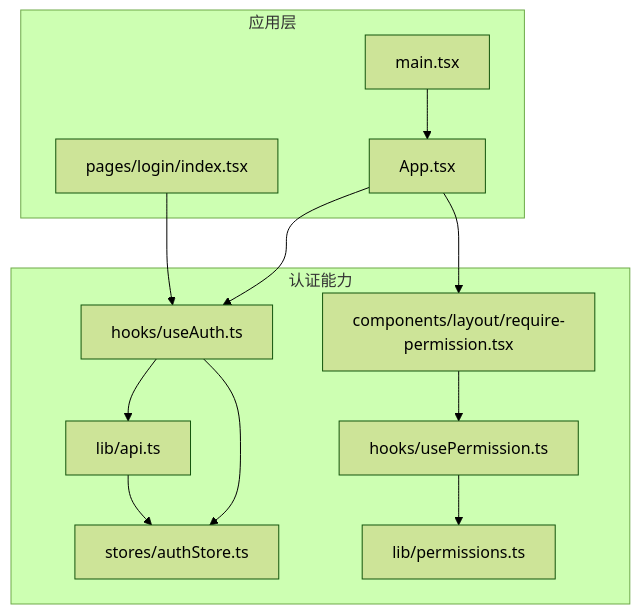
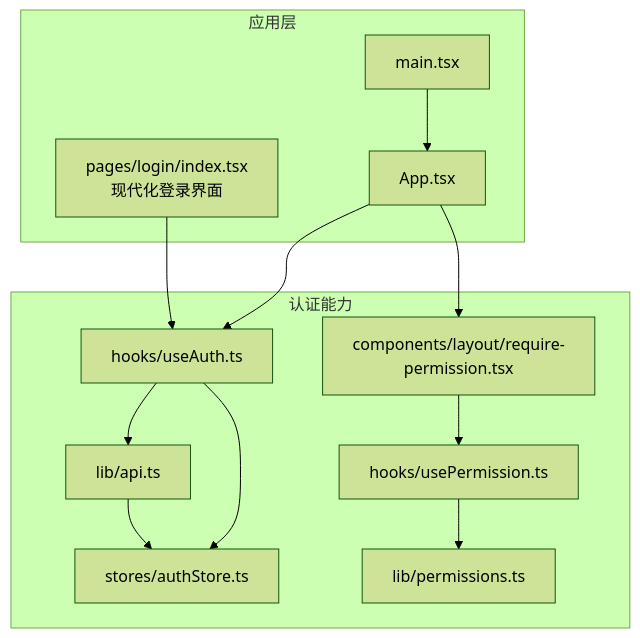
Before and after one commit to Damao997/newproject: the first of 8 diagrams in .qoder/repowiki/zh/content/核心模块/用户认证系统.md, drawn with Mermaid (forest theme). The commit also changed other lines of this file and 23 other files, not shown here.

````diff
--- a/.qoder/repowiki/zh/content/核心模块/用户认证系统.md
+++ b/.qoder/repowiki/zh/content/核心模块/用户认证系统.md
@@ -47,25 +55,25 @@
 ```mermaid
 graph TB
 subgraph "应用层"
 APP["App.tsx"]
 MAIN["main.tsx"]
-LOGIN["pages/login/index.tsx"]
+LOGIN["pages/login/index.tsx<br/>现代化登录界面"]
 end
 subgraph "认证能力"
 USEAUTH["hooks/useAuth.ts"]
 AUTHSTORE["stores/authStore.ts"]
 API["lib/api.ts"]
 PERMHOOK["hooks/usePermission.ts"]
 PERMLIB["lib/permissions.ts"]
 GUARD["components/layout/require-permission.tsx"]
 end
 APP --> USEAUTH
 APP --> GUARD
 MAIN --> APP
 LOGIN --> USEAUTH
 USEAUTH --> AUTHSTORE
 USEAUTH --> API
 GUARD --> PERMHOOK
 PERMHOOK --> PERMLIB
 API --> AUTHSTORE
 ```
````
